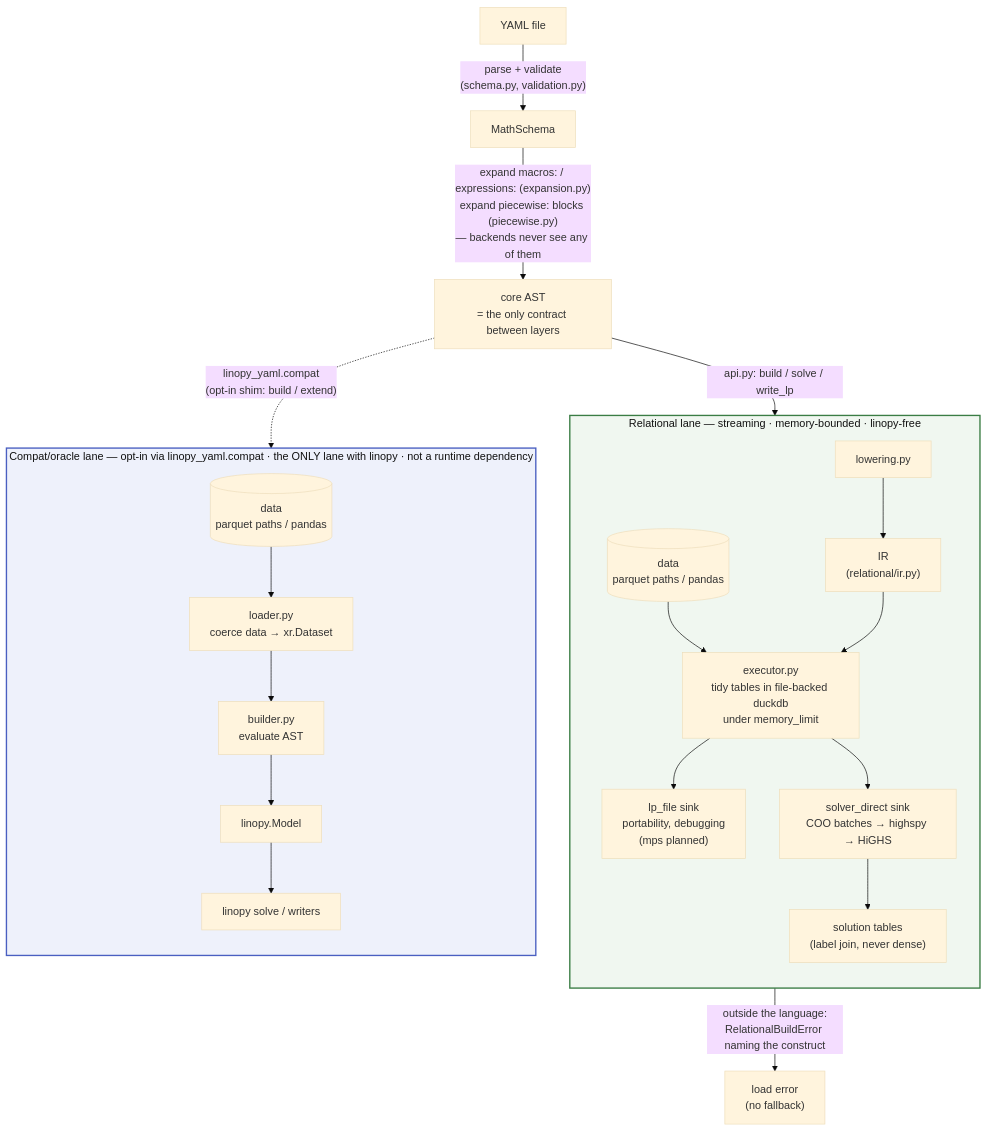
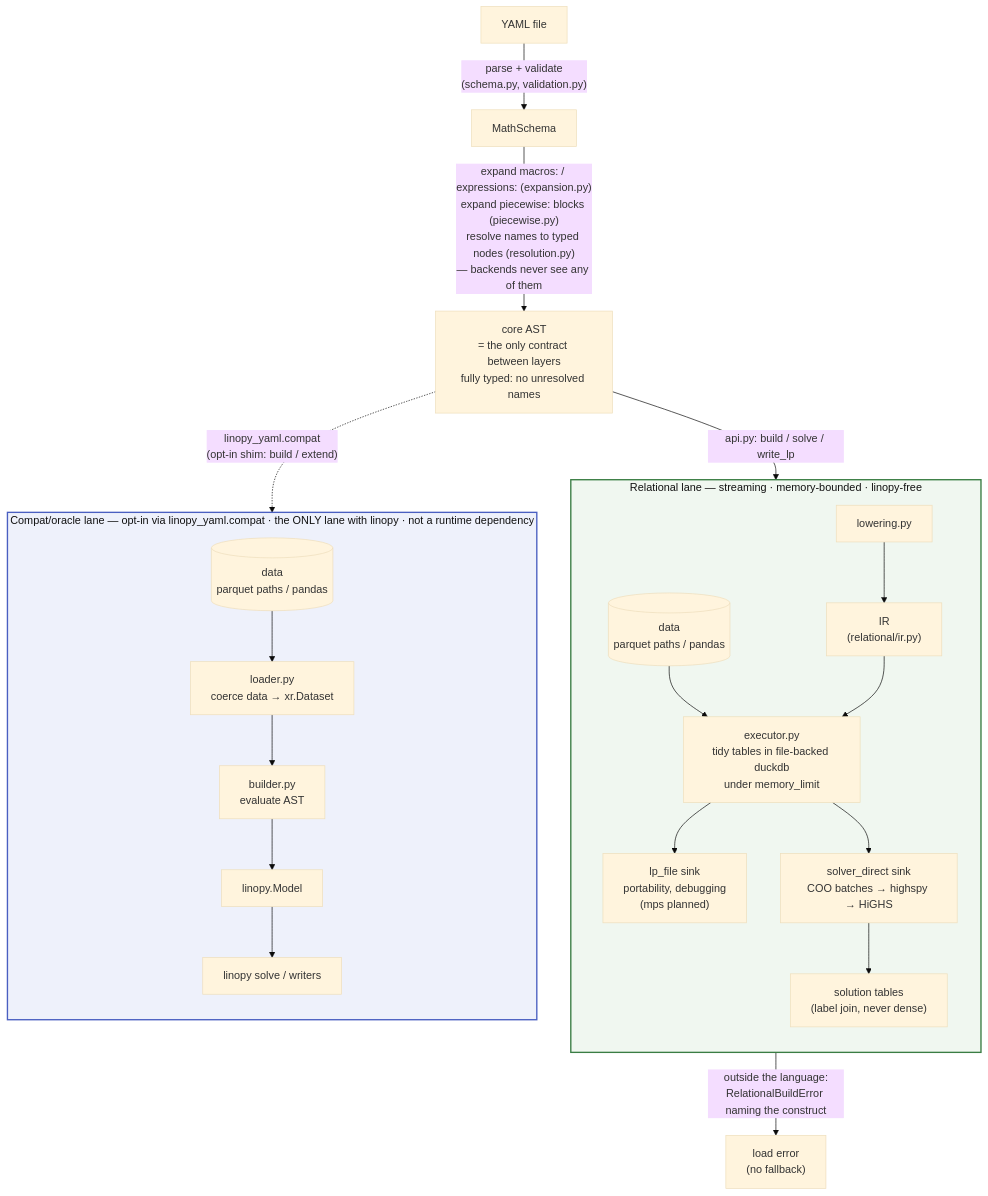
One commit to FBumann/farkas changed the first of 2 diagrams in ARCHITECTURE.md. Above: the diagram before and after it, drawn with Mermaid (base theme). The commit also changed other lines of this file and 20 other files, not shown here.

````diff
--- a/ARCHITECTURE.md
+++ b/ARCHITECTURE.md
@@ -19,30 +19,30 @@
 ```mermaid
 flowchart TB
     Y[YAML file] -->|"parse + validate<br/>(schema.py, validation.py)"| MS[MathSchema]
-    MS -->|"expand macros: / expressions: (expansion.py)<br/>expand piecewise: blocks (piecewise.py)<br/>— backends never see any of them"| AST["core AST<br/>= the only contract between layers"]
+    MS -->|"expand macros: / expressions: (expansion.py)<br/>expand piecewise: blocks (piecewise.py)<br/>resolve names to typed nodes (resolution.py)<br/>— backends never see any of them"| AST["core AST<br/>= the only contract between layers<br/>fully typed: no unresolved names"]
     AST -->|"api.py: build / solve / write_lp"| LOWER
     AST -.->|"linopy_yaml.compat<br/>(opt-in shim: build / extend)"| BUILD
     LOWER -->|"outside the language:<br/>RelationalBuildError naming the construct"| ERR["load error<br/>(no fallback)"]
 
     subgraph REL["Relational lane — streaming · memory-bounded · linopy-free"]
         direction TB
         LOWER["lowering.py"] --> IR["IR<br/>(relational/ir.py)"]
         DR[("data<br/>parquet paths / pandas")] --> EXEC
         IR --> EXEC["executor.py<br/>tidy tables in file-backed duckdb<br/>under memory_limit"]
         EXEC --> LPS["lp_file sink<br/>portability, debugging<br/>(mps planned)"]
         EXEC --> DIRECT["solver_direct sink<br/>COO batches → highspy → HiGHS"]
         DIRECT --> SOL["solution tables<br/>(label join, never dense)"]
     end
 
     subgraph EAGER["Compat/oracle lane — opt-in via linopy_yaml.compat · the ONLY lane with linopy · not a runtime dependency"]
         direction TB
         DE[("data<br/>parquet paths / pandas")] --> LOAD["loader.py<br/>coerce data → xr.Dataset"]
         LOAD --> BUILD["builder.py<br/>evaluate AST"]
         BUILD --> MODEL[linopy.Model] --> SOLVE["linopy solve / writers"]
     end
 
     classDef laneR fill:#f0f7f0,stroke:#3a7d44,stroke-width:2px,color:#111
     classDef laneE fill:#eef1fb,stroke:#4a5fc1,stroke-width:2px,color:#111
     class REL laneR
     class EAGER laneE
 ```
````
